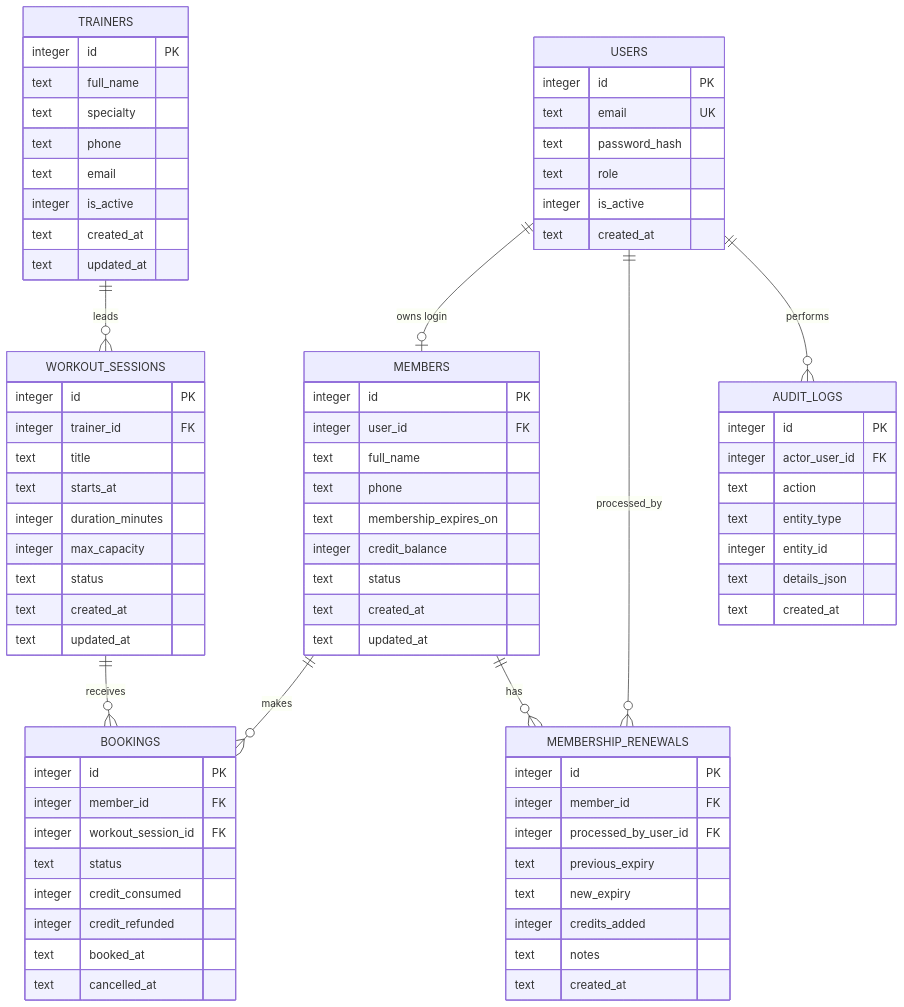
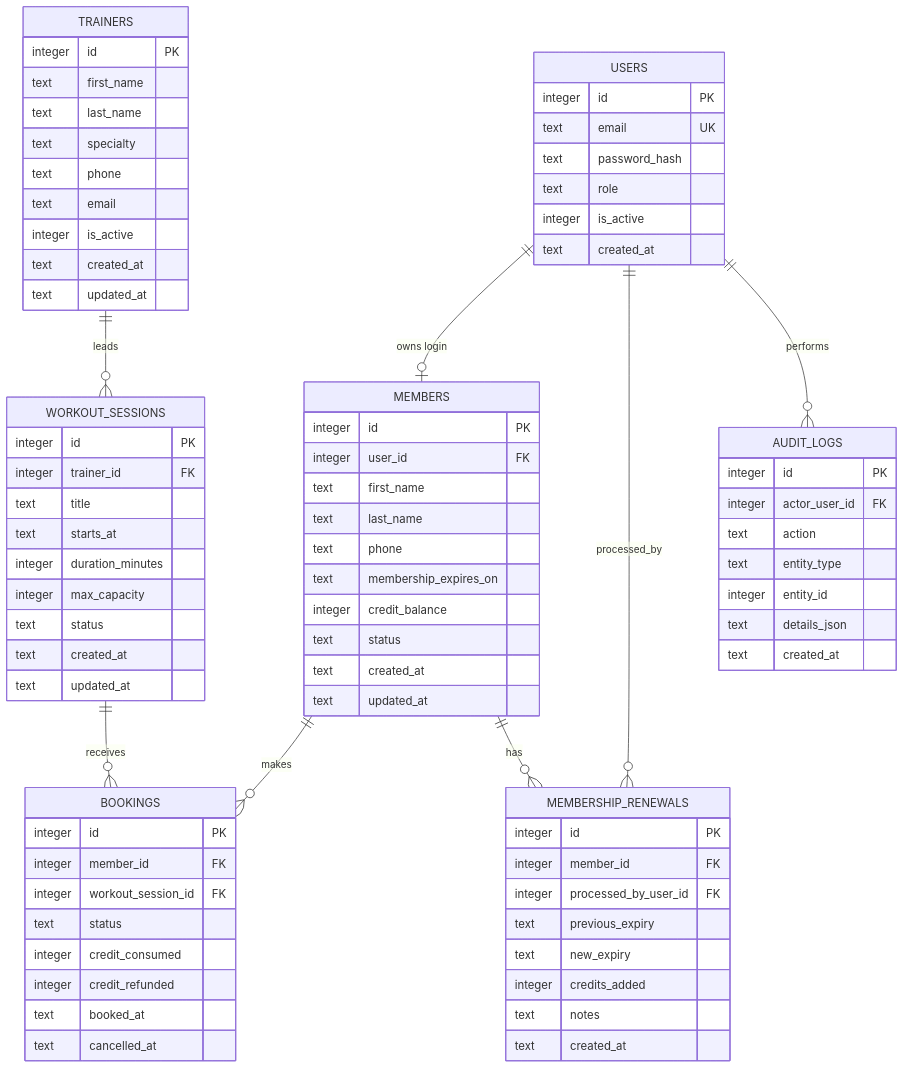
One commit to nofar3366-sys/FINAL-PROJECT changed the diagram in docs/data_model.md. Above: the diagram before and after it, drawn with Mermaid. The commit also changed other lines of this file and 19 other files, not shown here.

Commit message:
Refactor schema to strict 1NF (first/last name) and remove unused Cloudinary service

````diff
--- a/docs/data_model.md
+++ b/docs/data_model.md
@@ -4,80 +4,82 @@
 ```mermaid
 erDiagram
     USERS ||--o| MEMBERS : "owns login"
     TRAINERS ||--o{ WORKOUT_SESSIONS : leads
     MEMBERS ||--o{ BOOKINGS : makes
     WORKOUT_SESSIONS ||--o{ BOOKINGS : receives
     MEMBERS ||--o{ MEMBERSHIP_RENEWALS : has
     USERS ||--o{ MEMBERSHIP_RENEWALS : processed_by
     USERS ||--o{ AUDIT_LOGS : performs
 
     USERS {
         integer id PK
         text email UK
         text password_hash
         text role
         integer is_active
         text created_at
     }
     MEMBERS {
         integer id PK
         integer user_id FK
-        text full_name
+        text first_name
+        text last_name
         text phone
         text membership_expires_on
         integer credit_balance
         text status
         text created_at
         text updated_at
     }
     TRAINERS {
         integer id PK
-        text full_name
+        text first_name
+        text last_name
         text specialty
         text phone
         text email
         integer is_active
         text created_at
         text updated_at
     }
     WORKOUT_SESSIONS {
         integer id PK
         integer trainer_id FK
         text title
         text starts_at
         integer duration_minutes
         integer max_capacity
         text status
         text created_at
         text updated_at
     }
     BOOKINGS {
         integer id PK
         integer member_id FK
         integer workout_session_id FK
         text status
         integer credit_consumed
         integer credit_refunded
         text booked_at
         text cancelled_at
     }
     MEMBERSHIP_RENEWALS {
         integer id PK
         integer member_id FK
         integer processed_by_user_id FK
         text previous_expiry
         text new_expiry
         integer credits_added
         text notes
         text created_at
     }
     AUDIT_LOGS {
         integer id PK
         integer actor_user_id FK
         text action
         text entity_type
         integer entity_id
         text details_json
         text created_at
     }
 ```
````
